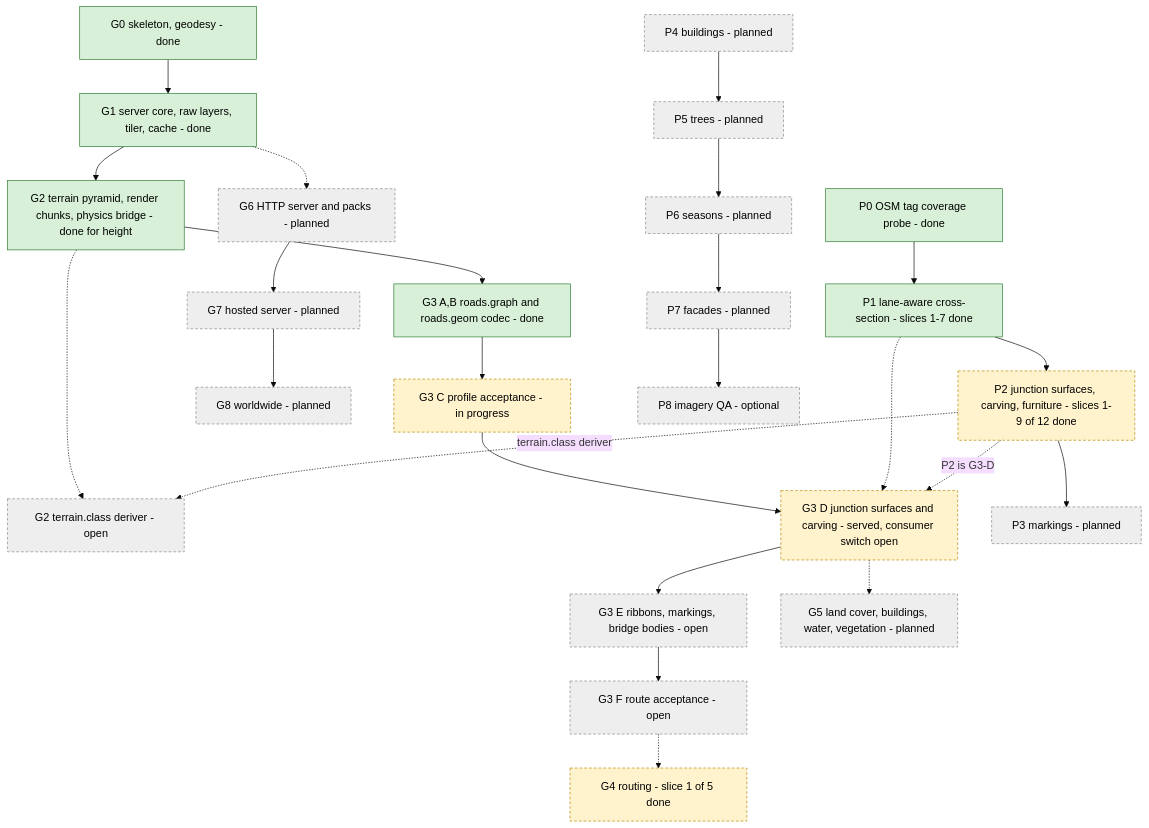
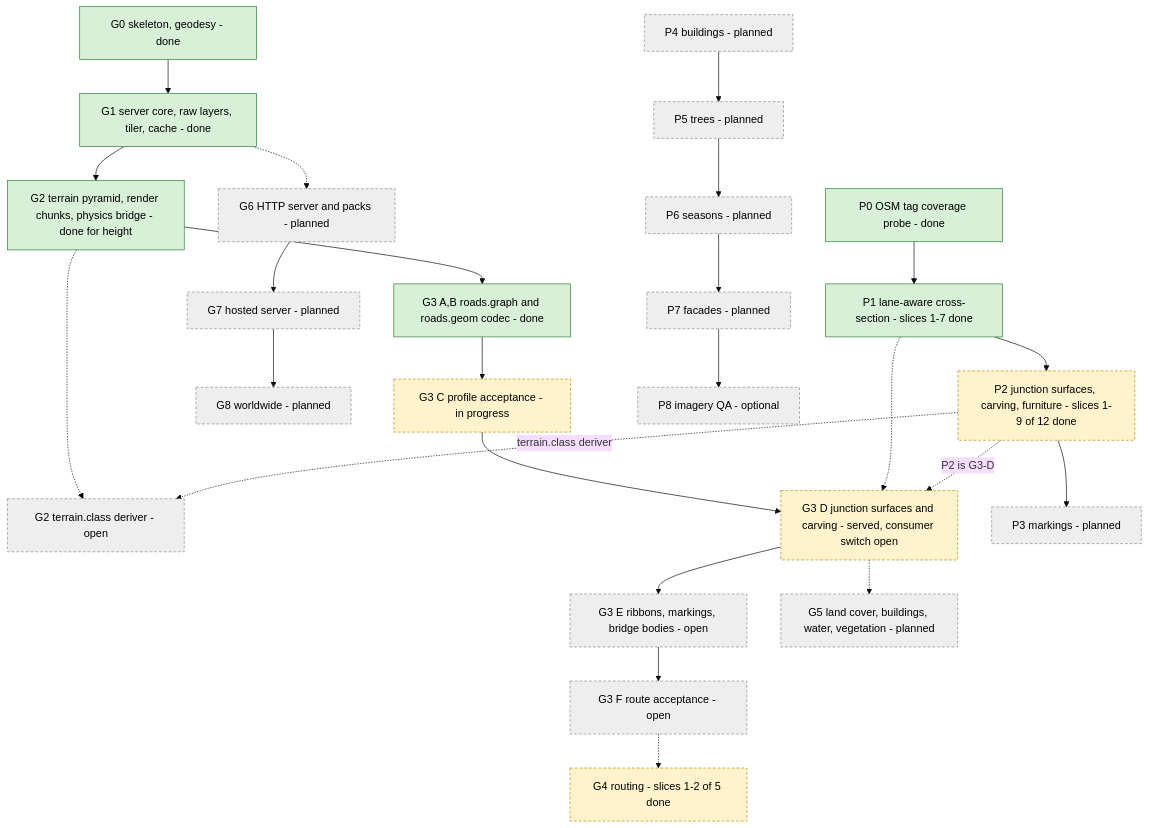
The fourth of 4 diagrams in docs/pipeline/README.md (SebastianDanielFrenz/geo2map_engine), drawn with Mermaid (base theme) before and after one commit. The commit also changed other lines of this file and 15 other files, not shown here.

````diff
--- a/docs/pipeline/README.md
+++ b/docs/pipeline/README.md
@@ -287,44 +287,44 @@
 ```mermaid
 flowchart TB
   G0["G0 skeleton, geodesy - done"]
   G1["G1 server core, raw layers, tiler, cache - done"]
   G2["G2 terrain pyramid, render chunks, physics bridge - done for height"]
   G2C["G2 terrain.class deriver - open"]
   G3A["G3 A,B roads.graph and roads.geom codec - done"]
   G3C["G3 C profile acceptance - in progress"]
   G3D["G3 D junction surfaces and carving - served, consumer switch open"]
   G3E["G3 E ribbons, markings, bridge bodies - open"]
   G3F["G3 F route acceptance - open"]
-  G4["G4 routing - slice 1 of 5 done"]
+  G4["G4 routing - slices 1-2 of 5 done"]
   G5["G5 land cover, buildings, water, vegetation - planned"]
   G6["G6 HTTP server and packs - planned"]
   G7["G7 hosted server - planned"]
   G8["G8 worldwide - planned"]
   P0["P0 OSM tag coverage probe - done"]
   P1["P1 lane-aware cross-section - slices 1-7 done"]
   P2["P2 junction surfaces, carving, furniture - slices 1-9 of 12 done"]
   P3["P3 markings - planned"]
   P4["P4 buildings - planned"]
   P5["P5 trees - planned"]
   P6["P6 seasons - planned"]
   P7["P7 facades - planned"]
   P8["P8 imagery QA - optional"]
 
   G0 --> G1 --> G2 --> G3A --> G3C --> G3D --> G3E --> G3F
   G2 -.-> G2C
   G3F -.-> G4
   G3D -.-> G5
   G1 -.-> G6 --> G7 --> G8
   P0 --> P1 --> P2 --> P3
   P1 -.-> G3D
   P2 -.->|"P2 is G3-D"| G3D
   P2 -.->|"terrain.class deriver"| G2C
   P4 --> P5 --> P6 --> P7 --> P8
 
   classDef done fill:#d8f0d8,stroke:#2e7d32,color:#000;
   classDef part fill:#fff3cd,stroke:#b58900,stroke-dasharray:4 3,color:#000;
   classDef plan fill:#eeeeee,stroke:#888888,stroke-dasharray:4 3,color:#000;
   class G0,G1,G2,G3A,P0,P1 done;
   class G3C,G3D,G4,P2 part;
   class G2C,G3E,G3F,G5,G6,G7,G8,P3,P4,P5,P6,P7,P8 plan;
 ```
````
